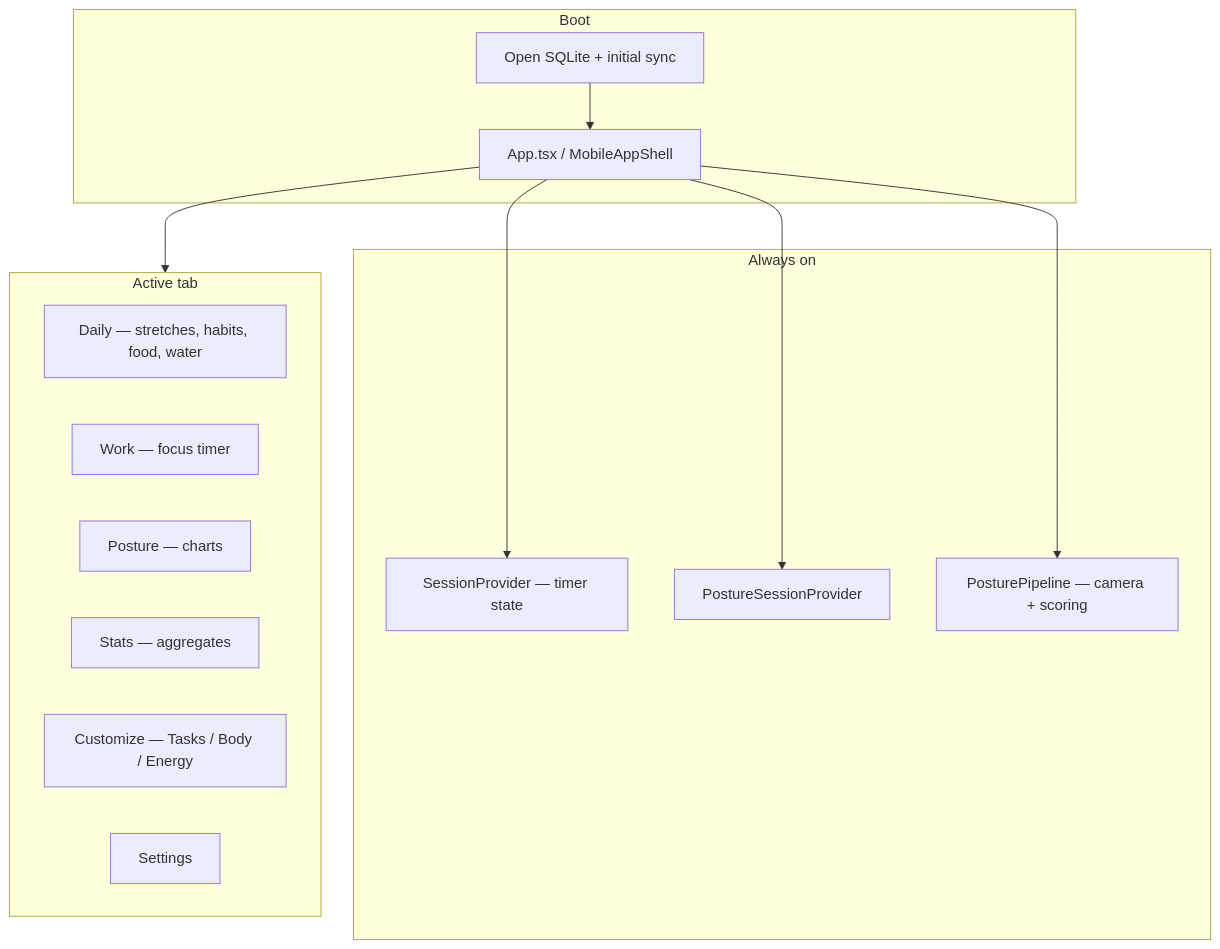
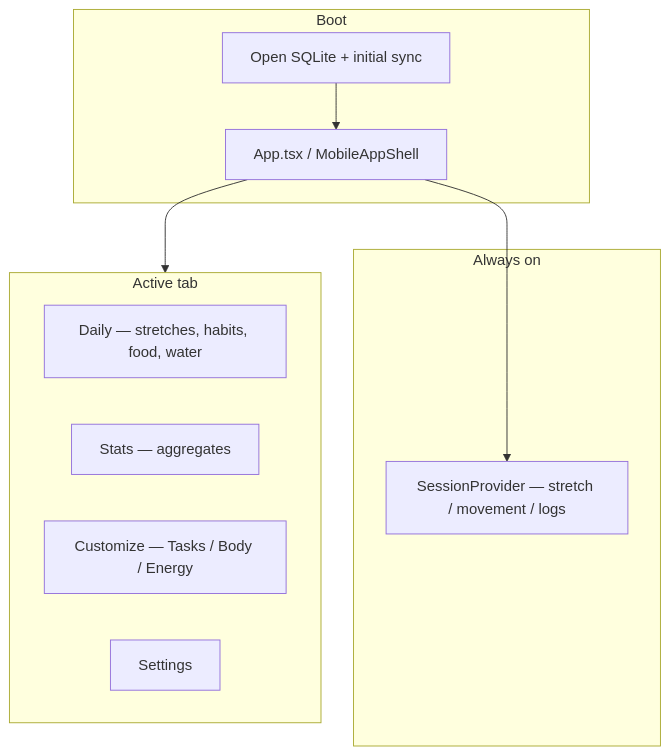
Before and after one commit to jdserenity/management: the second of 4 diagrams in scaffold/CODEMAP-HUMAN.md, drawn with Mermaid. The commit also changed other lines of this file and 1 other file, not shown here.

Commit message:
Document that Work and Posture are parked behind feature switches.

````diff
--- a/scaffold/CODEMAP-HUMAN.md
+++ b/scaffold/CODEMAP-HUMAN.md
@@ -33,25 +33,19 @@
 ```mermaid
 flowchart TB
   subgraph boot["Boot"]
     DB["Open SQLite + initial sync"]
     App["App.tsx / MobileAppShell"]
   end
   subgraph providers["Always on"]
-    SP["SessionProvider — timer state"]
-    PSP["PostureSessionProvider"]
-    PL["PosturePipeline — camera + scoring"]
+    SP["SessionProvider — stretch / movement / logs"]
   end
   subgraph tabs["Active tab"]
     Daily["Daily — stretches, habits, food, water"]
-    Work["Work — focus timer"]
-    Posture["Posture — charts"]
     Stats["Stats — aggregates"]
     Customize["Customize — Tasks / Body / Energy"]
     Settings["Settings"]
   end
   DB --> App
   App --> SP
-  App --> PSP
-  App --> PL
   App --> tabs
 ```
````
